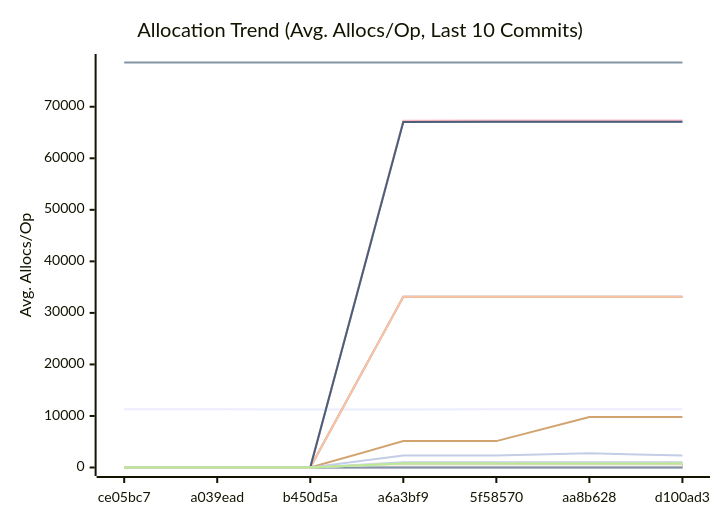
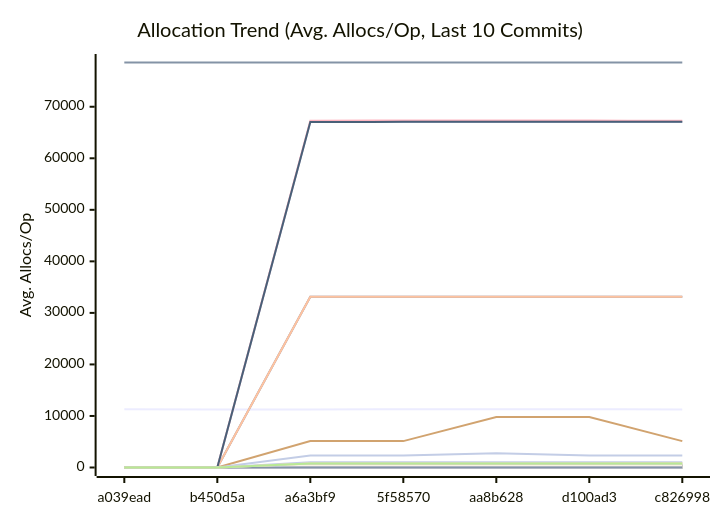
One commit to alsotoes/momo changed the third of 3 diagrams in docs/PERFORMANCE.md. Above: the diagram before and after it, drawn with Mermaid. The commit also changed other lines of this file and 2 other files, not shown here.

````diff
--- a/docs/PERFORMANCE.md
+++ b/docs/PERFORMANCE.md
@@ -348,42 +348,42 @@
 ```mermaid
 xychart-beta
     title "Allocation Trend (Avg. Allocs/Op, Last 10 Commits)"
     x-axis "Commit"
     y-axis "Avg. Allocs/Op"
-    x-axis [ce05bc7,a039ead,b450d5a,a6a3bf9,5f58570,aa8b628,d100ad3]
-    line "AWSChunkedReaderSigned" [11282,11296,11273,11277,11286,11294,11299,11270,11296,11367]
-    line "AWSChunkedReaderUnsigned" [78563,78568,78577,78572,78577,78583,78586,78564,78579,78745]
+    x-axis [a039ead,b450d5a,a6a3bf9,5f58570,aa8b628,d100ad3,c826998]
+    line "AWSChunkedReaderSigned" [11296,11273,11277,11286,11294,11299,11270,11296,11367,11304]
+    line "AWSChunkedReaderUnsigned" [78568,78577,78572,78577,78583,78586,78564,78579,78745,78578]
     line "CheckMetricsAndSwap" [0,0,0,0,0,0,0,0,0,0]
     line "CrushOptimized" [0,0,0,0,0,0,0,0,0,0]
     line "CrushOriginal" [3,3,3,3,3,3,3,3,3,3]
-    line "FormatListObjectsV2XML_AppendFormat" [0,0,0,16,16,16,16,16,16,16]
-    line "FormatListObjectsV2XML_OldFormat" [0,0,0,1000,1000,1000,1000,1000,1000,1000]
-    line "HashBytes/1MiB" [0,0,0,64,64,64,64,64,64,64]
-    line "HashBytes/256MiB" [0,0,0,64,64,64,64,64,64,64]
-    line "HashBytes/64MiB" [0,0,0,64,64,64,64,64,64,64]
-    line "HashFile/1MiB" [0,0,0,33128,33128,33128,33128,33128,33112,33128]
-    line "HashFile/256MiB" [0,0,0,33128,33128,33128,33128,33128,33128,33128]
-    line "HashFile/64MiB" [0,0,0,33128,33128,33128,33128,33128,33128,33128]
+    line "FormatListObjectsV2XML_AppendFormat" [0,0,16,16,16,16,16,16,16,16]
+    line "FormatListObjectsV2XML_OldFormat" [0,0,1000,1000,1000,1000,1000,1000,1000,1000]
+    line "HashBytes/1MiB" [0,0,64,64,64,64,64,64,64,64]
+    line "HashBytes/256MiB" [0,0,64,64,64,64,64,64,64,64]
+    line "HashBytes/64MiB" [0,0,64,64,64,64,64,64,64,64]
+    line "HashFile/1MiB" [0,0,33128,33128,33128,33128,33128,33112,33128,33128]
+    line "HashFile/256MiB" [0,0,33128,33128,33128,33128,33128,33128,33128,33128]
+    line "HashFile/64MiB" [0,0,33128,33128,33128,33128,33128,33128,33128,33128]
     line "IndexDirectTracking" [0,0,0,0,0,0,0,0,0,0]
     line "IndexSearch" [0,0,0,0,0,0,0,0,0,0]
-    line "LoadGlobalConfig" [54,54,54,58,58,58,58,58,58,58]
-    line "LocalWrite/1MiB" [0,0,0,67030,67032,67032,67030,67028,67031,67037]
-    line "LocalWrite/256MiB" [0,0,0,67292,67348,67326,67317,67268,67358,67518]
-    line "LocalWrite/64MiB" [0,0,0,67046,67073,67085,67097,67071,67089,67157]
+    line "LoadGlobalConfig" [54,54,58,58,58,58,58,58,58,58]
+    line "LocalWrite/1MiB" [0,0,67030,67032,67032,67030,67028,67031,67037,67034]
+    line "LocalWrite/256MiB" [0,0,67292,67348,67326,67317,67268,67358,67518,67492]
+    line "LocalWrite/64MiB" [0,0,67046,67073,67085,67097,67071,67089,67157,67097]
     line "PadString" [1,1,1,1,1,1,1,1,1,1]
     line "ParseReplicationOrder_NoPrealloc" [6,6,6,6,6,5,5,5,5,5]
     line "ParseReplicationOrder_Prealloc" [2,2,2,2,2,1,1,1,1,1]
-    line "Placement" [0,0,0,6,6,6,6,6,6,6]
-    line "PlacementDomainSpread" [0,0,0,6,6,6,6,6,6,6]
-    line "ReadVerify/1MiB" [0,0,0,435,464,436,459,457,458,483]
-    line "ReadVerify/256MiB" [0,0,0,5120,5120,9808,9808,5120,5120,9808]
-    line "ReadVerify/64MiB" [0,0,0,2307,2307,2776,2307,2307,1994,3557]
-    line "S3PutSpool/1MiB" [0,0,0,447,447,447,447,447,448,448]
-    line "S3PutSpool/256MiB" [0,0,0,448,448,448,448,448,448,448]
-    line "S3PutSpool/64MiB" [0,0,0,448,448,448,448,448,448,448]
+    line "Placement" [0,0,6,6,6,6,6,6,6,6]
+    line "PlacementDomainSpread" [0,0,6,6,6,6,6,6,6,6]
+    line "ReadVerify/1MiB" [0,0,435,464,436,459,457,458,483,437]
+    line "ReadVerify/256MiB" [0,0,5120,5120,9808,9808,5120,5120,9808,9808]
+    line "ReadVerify/64MiB" [0,0,2307,2307,2776,2307,2307,1994,3557,2776]
+    line "S3PutSpool/1MiB" [0,0,447,447,447,447,447,448,448,447]
+    line "S3PutSpool/256MiB" [0,0,448,448,448,448,448,448,448,448]
+    line "S3PutSpool/64MiB" [0,0,448,448,448,448,448,448,448,448]
     line "SanitizeLog/Safe" [0,0,0,0,0,0,0,0,0,0]
     line "SanitizeLog/Unsafe" [1,1,1,1,1,1,1,1,1,1]
-    line "TrustedRead/1MiB" [0,0,0,800,800,800,800,825,800,800]
-    line "TrustedRead/256MiB" [0,0,0,800,800,800,800,800,800,800]
-    line "TrustedRead/64MiB" [0,0,0,800,800,800,800,800,800,800]
+    line "TrustedRead/1MiB" [0,0,800,800,800,800,825,800,800,800]
+    line "TrustedRead/256MiB" [0,0,800,800,800,800,800,800,800,800]
+    line "TrustedRead/64MiB" [0,0,800,800,800,800,800,800,800,800]
 ```
````
